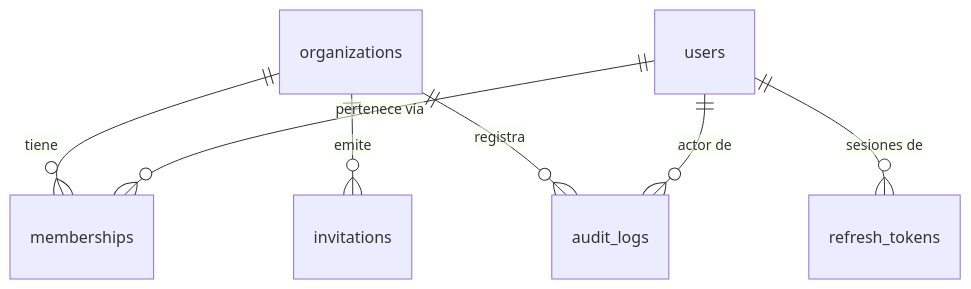
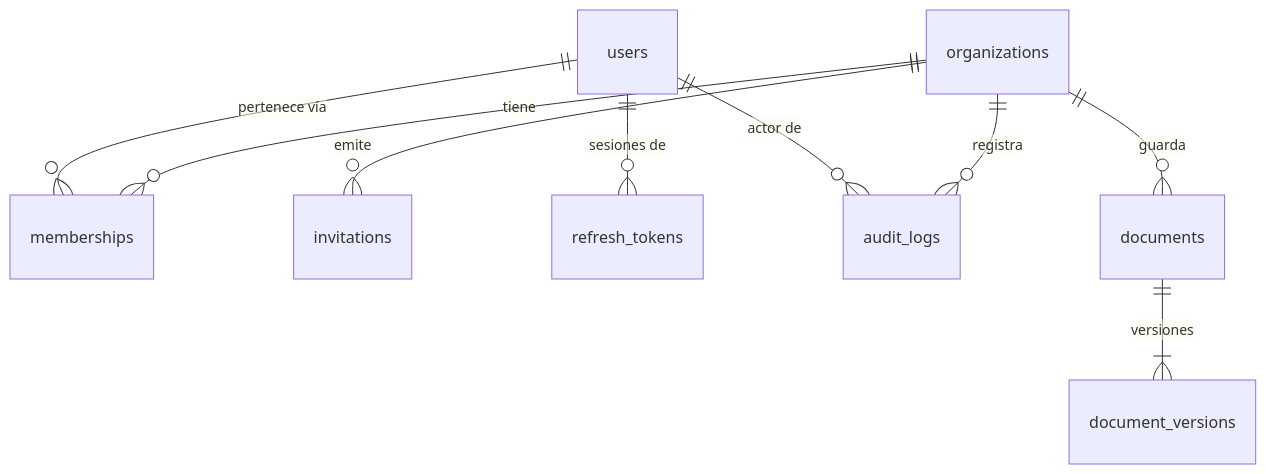
Before and after one commit to oeRusso/documind-ai: the fourth of 8 diagrams in docs/arquitectura-del-codigo.md, drawn with Mermaid. The commit also changed other lines of this file and 20 other files, not shown here.

````diff
--- a/docs/arquitectura-del-codigo.md
+++ b/docs/arquitectura-del-codigo.md
@@ -277,9 +304,11 @@
 ```mermaid
 erDiagram
     organizations ||--o{ memberships : tiene
     users ||--o{ memberships : "pertenece vía"
     organizations ||--o{ invitations : emite
     users ||--o{ refresh_tokens : "sesiones de"
     organizations ||--o{ audit_logs : registra
+    organizations ||--o{ documents : guarda
+    documents ||--|{ document_versions : "versiones"
     users ||--o{ audit_logs : "actor de"
 ```
````
